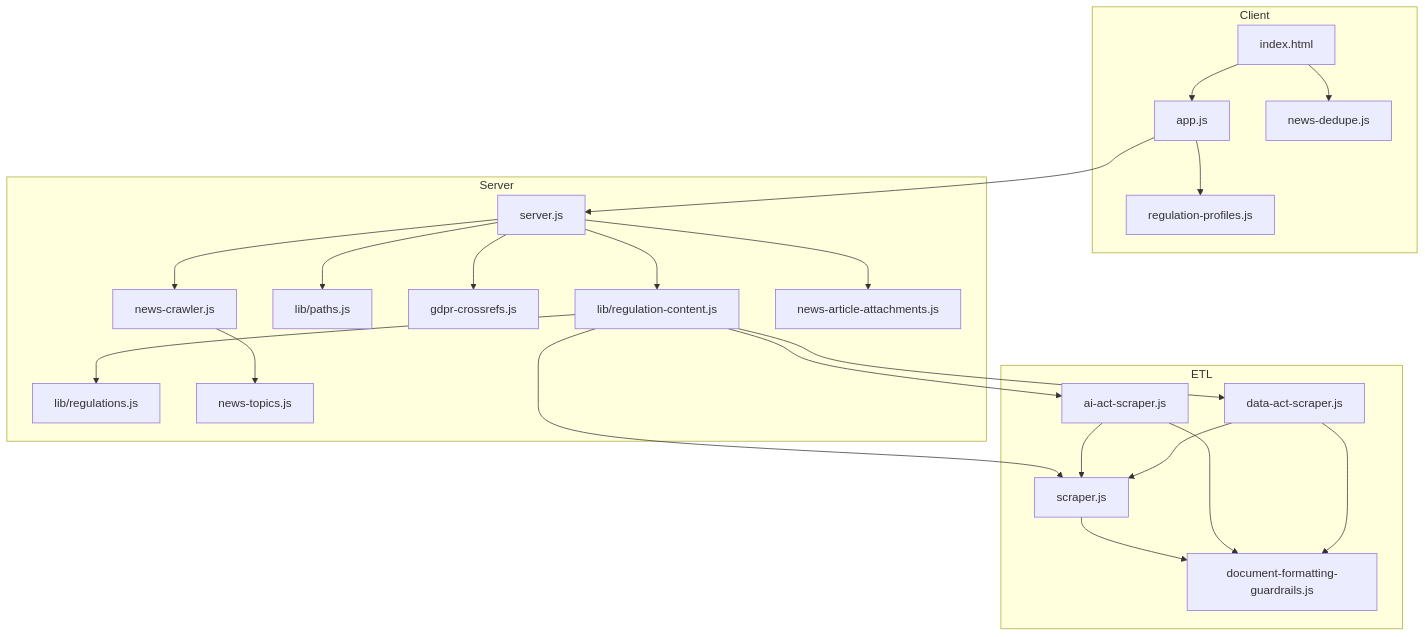
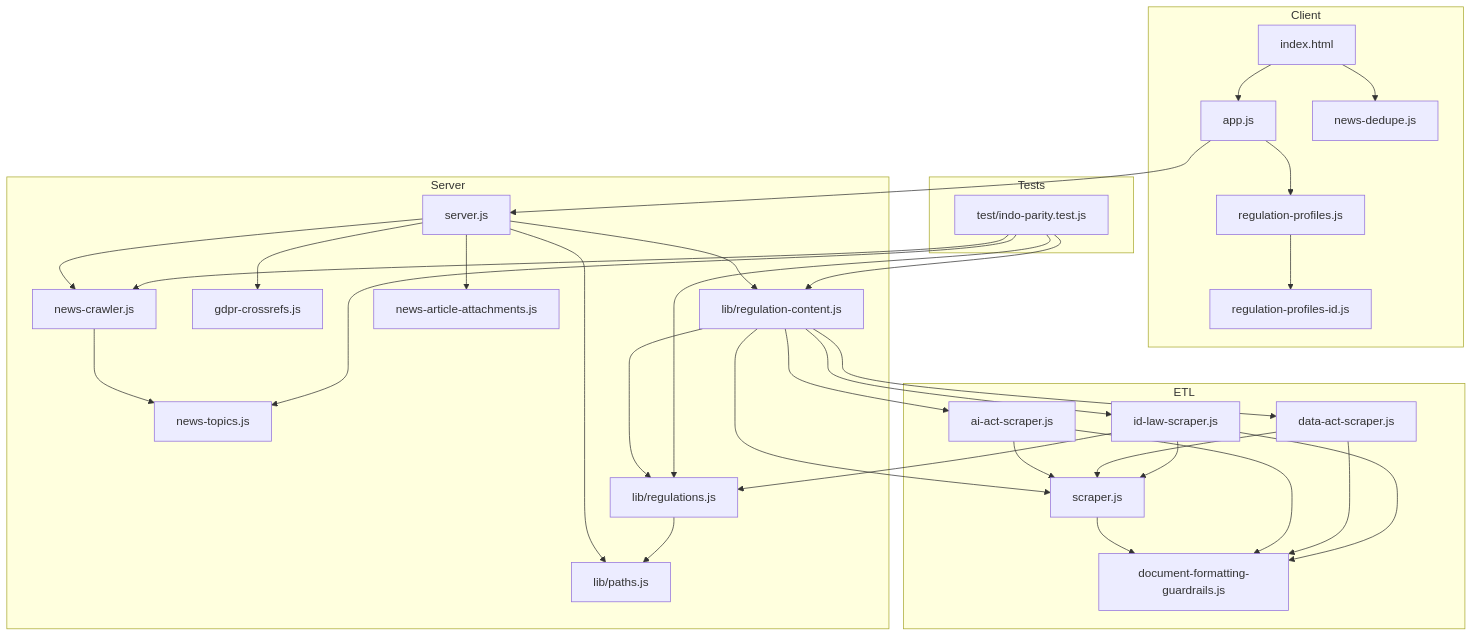
The diagram in docs/SOURCE_CODE_INVENTORY.md (RifqiMT/gdpr-qa-platform), drawn with Mermaid before and after one commit. The commit also changed other lines of this file and 54 other files, not shown here.

````diff
--- a/docs/SOURCE_CODE_INVENTORY.md
+++ b/docs/SOURCE_CODE_INVENTORY.md
@@ -192,41 +229,56 @@
 ```mermaid
 flowchart TB
   subgraph Client
     HTML[index.html]
     APP[app.js]
     PROF[regulation-profiles.js]
+    PROFID[regulation-profiles-id.js]
     DEDUPE[news-dedupe.js]
   end
   subgraph Server
     SRV[server.js]
     LIB[lib/regulation-content.js]
     REG[lib/regulations.js]
     PATHS[lib/paths.js]
     XREF[gdpr-crossrefs.js]
     NEWS[news-crawler.js]
     TOPICS[news-topics.js]
     ATT[news-article-attachments.js]
   end
   subgraph ETL
     SCR[scraper.js]
     AIS[ai-act-scraper.js]
     DAS[data-act-scraper.js]
+    IDS[id-law-scraper.js]
     DG[document-formatting-guardrails.js]
   end
+  subgraph Tests
+    TST[test/indo-parity.test.js]
+  end
   HTML --> APP --> PROF
+  PROF --> PROFID
   HTML --> DEDUPE
   APP --> SRV
   SRV --> LIB --> REG
   SRV --> PATHS
   SRV --> XREF
   SRV --> NEWS --> TOPICS
   SRV --> ATT
   LIB --> SCR
   LIB --> AIS
   LIB --> DAS
+  LIB --> IDS
+  REG --> PATHS
   SCR --> DG
   AIS --> DG
   DAS --> DG
+  IDS --> DG
   AIS --> SCR
   DAS --> SCR
+  IDS --> SCR
+  IDS --> REG
+  TST --> REG
+  TST --> LIB
+  TST --> NEWS
+  TST --> TOPICS
 ```
````
